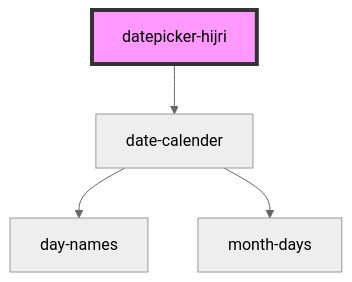
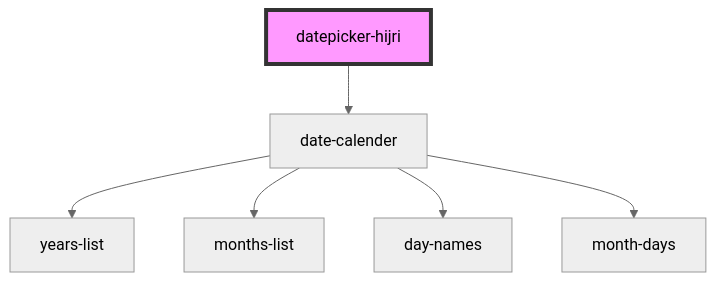
The diagram in src/components/datepicker-hijri/readme.md (abublihi/datepicker-hijri), drawn with Mermaid (neutral theme) before and after one commit. The commit also changed 3 other files, not shown here.

````diff
--- a/src/components/datepicker-hijri/readme.md
+++ b/src/components/datepicker-hijri/readme.md
@@ -27,7 +27,9 @@
 ```mermaid
 graph TD;
   datepicker-hijri --> date-calender
+  date-calender --> years-list
+  date-calender --> months-list
   date-calender --> day-names
   date-calender --> month-days
   style datepicker-hijri fill:#f9f,stroke:#333,stroke-width:4px
 ```
````
